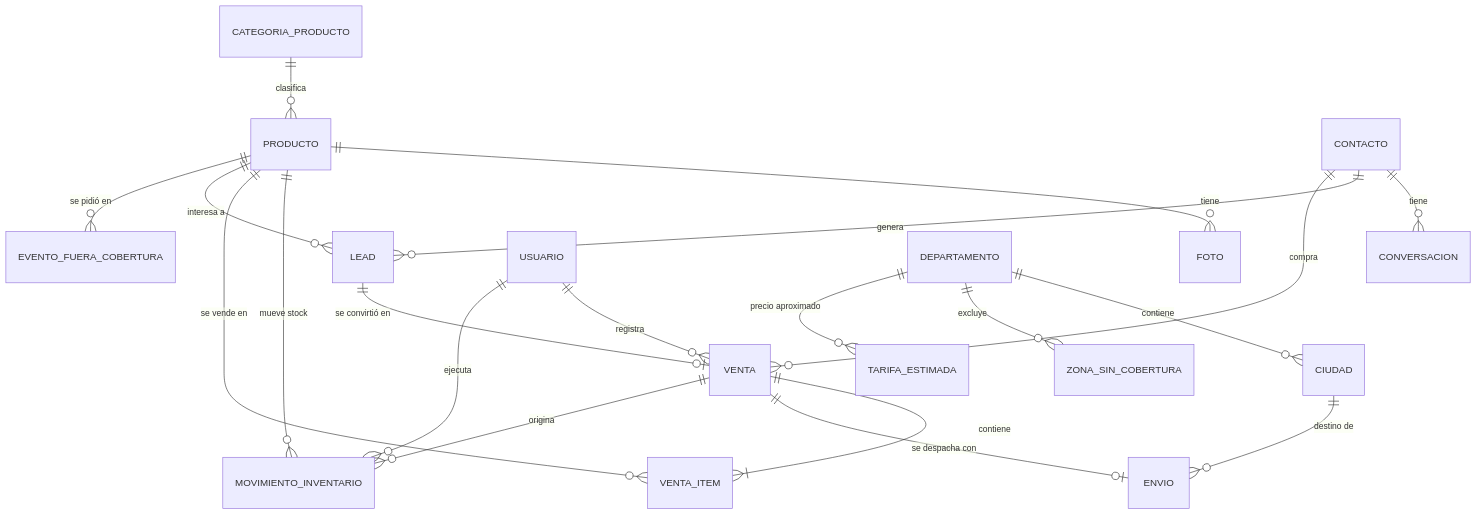
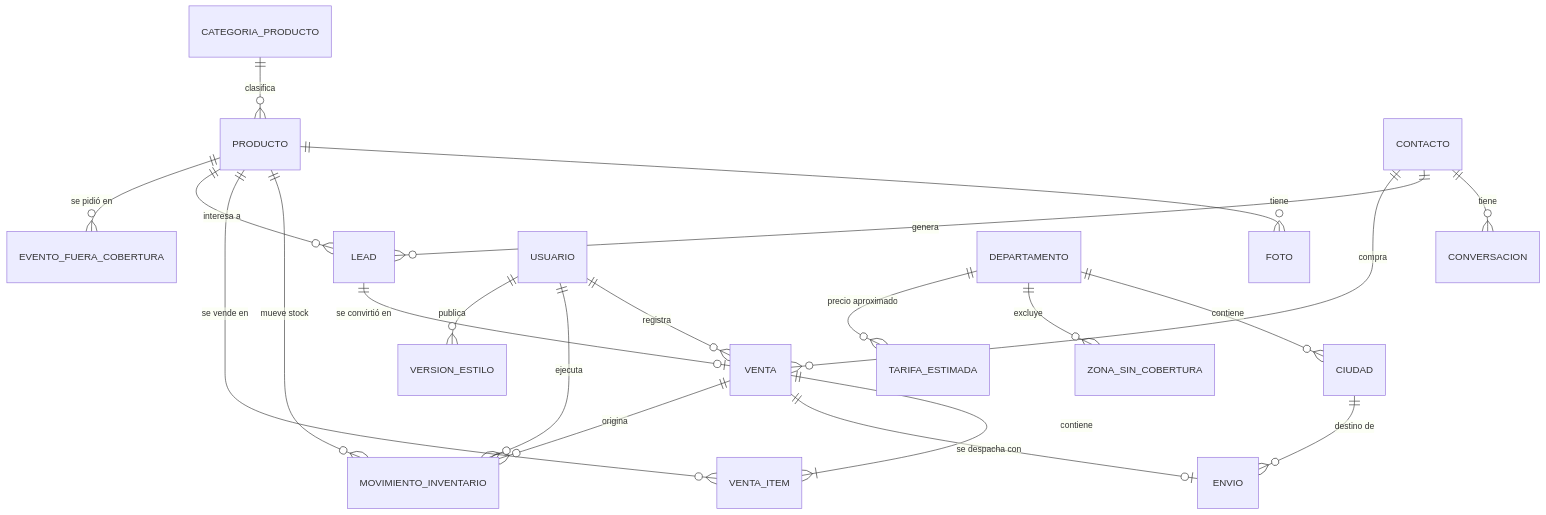
One commit to DaviArdila/LuxeBorealCRM changed the diagram in MODELO_DATOS.md. Above: the diagram before and after it, drawn with Mermaid. The commit also changed other lines of this file and 32 other files, not shown here.

First line of the commit message:
feat(agente): estilo en version_estilo con el autor de cada versión

````diff
--- a/MODELO_DATOS.md
+++ b/MODELO_DATOS.md
@@ -42,25 +42,26 @@
 ```mermaid
 erDiagram
     CATEGORIA_PRODUCTO ||--o{ PRODUCTO : clasifica
     PRODUCTO ||--o{ FOTO : tiene
     PRODUCTO ||--o{ MOVIMIENTO_INVENTARIO : "mueve stock"
     PRODUCTO ||--o{ VENTA_ITEM : "se vende en"
     PRODUCTO ||--o{ LEAD : "interesa a"
     PRODUCTO ||--o{ EVENTO_FUERA_COBERTURA : "se pidió en"
 
     CONTACTO ||--o{ CONVERSACION : tiene
     CONTACTO ||--o{ LEAD : genera
     CONTACTO ||--o{ VENTA : compra
     LEAD ||--o| VENTA : "se convirtió en"
 
     VENTA ||--|{ VENTA_ITEM : contiene
     VENTA ||--o| ENVIO : "se despacha con"
     VENTA ||--o{ MOVIMIENTO_INVENTARIO : origina
     USUARIO ||--o{ VENTA : registra
     USUARIO ||--o{ MOVIMIENTO_INVENTARIO : ejecuta
+    USUARIO ||--o{ VERSION_ESTILO : publica
 
     DEPARTAMENTO ||--o{ CIUDAD : contiene
     CIUDAD ||--o{ ENVIO : "destino de"
     DEPARTAMENTO ||--o{ ZONA_SIN_COBERTURA : excluye
     DEPARTAMENTO ||--o{ TARIFA_ESTIMADA : "precio aproximado"
 ```
````
